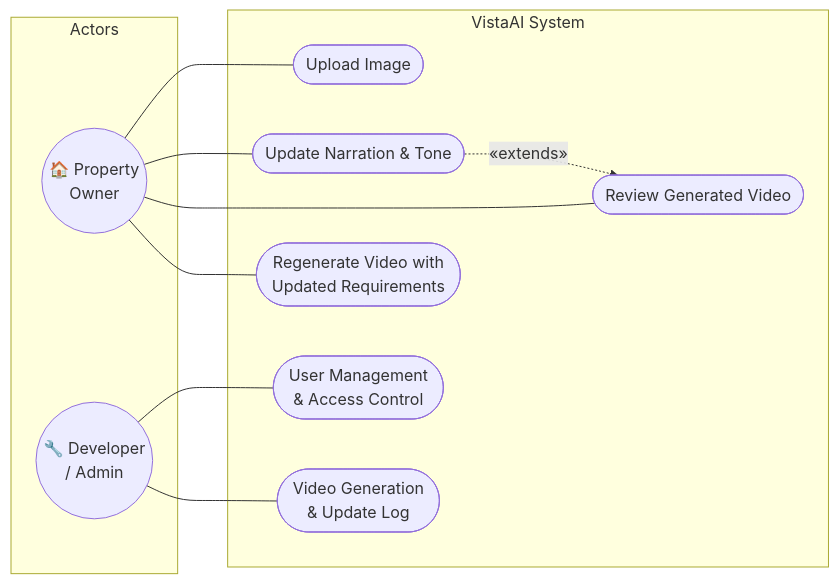
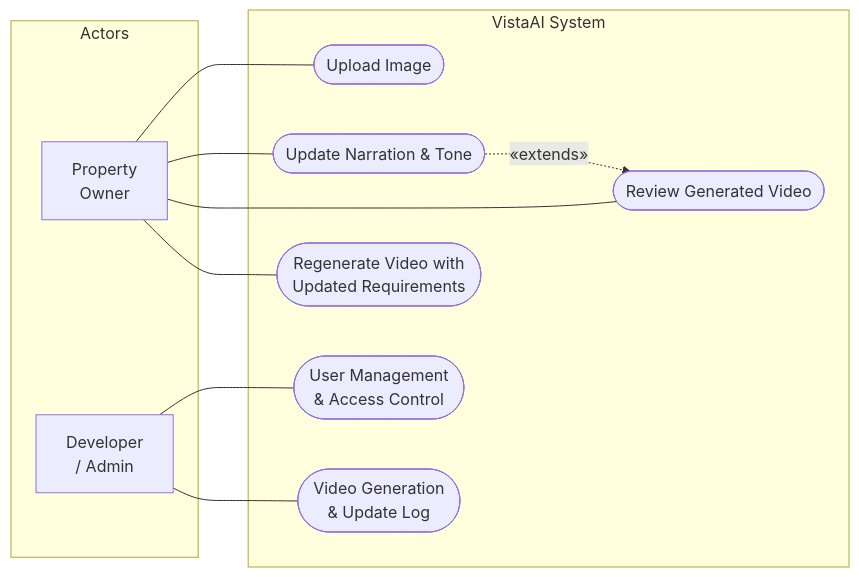
The first of 2 diagrams in diagrams/use_case_diagram.md (23f2002284/VistaAI), drawn with Mermaid before and after one commit. The commit also changed other lines of this file and 1 other file, not shown here.

Commit message:
minor error in diagram solved

````diff
--- a/diagrams/use_case_diagram.md
+++ b/diagrams/use_case_diagram.md
@@ -5,26 +5,26 @@
 ```mermaid
 flowchart LR
     subgraph Actors
-        PO(("🏠 Property\nOwner"))
-        DA(("🔧 Developer\n/ Admin"))
+        PO["Property\nOwner"]
+        DA["Developer\n/ Admin"]
     end
 
     subgraph VistaAI System
         UC1([Upload Image])
         UC2([Update Narration & Tone])
         UC3([Review Generated Video])
         UC4([Regenerate Video with\nUpdated Requirements])
         UC5([User Management\n& Access Control])
         UC6([Video Generation\n& Update Log])
     end
 
     PO --- UC1
     PO --- UC2
     PO --- UC3
     PO --- UC4
 
     UC2 -.->|"«extends»"| UC3
 
     DA --- UC5
     DA --- UC6
 ```
````
